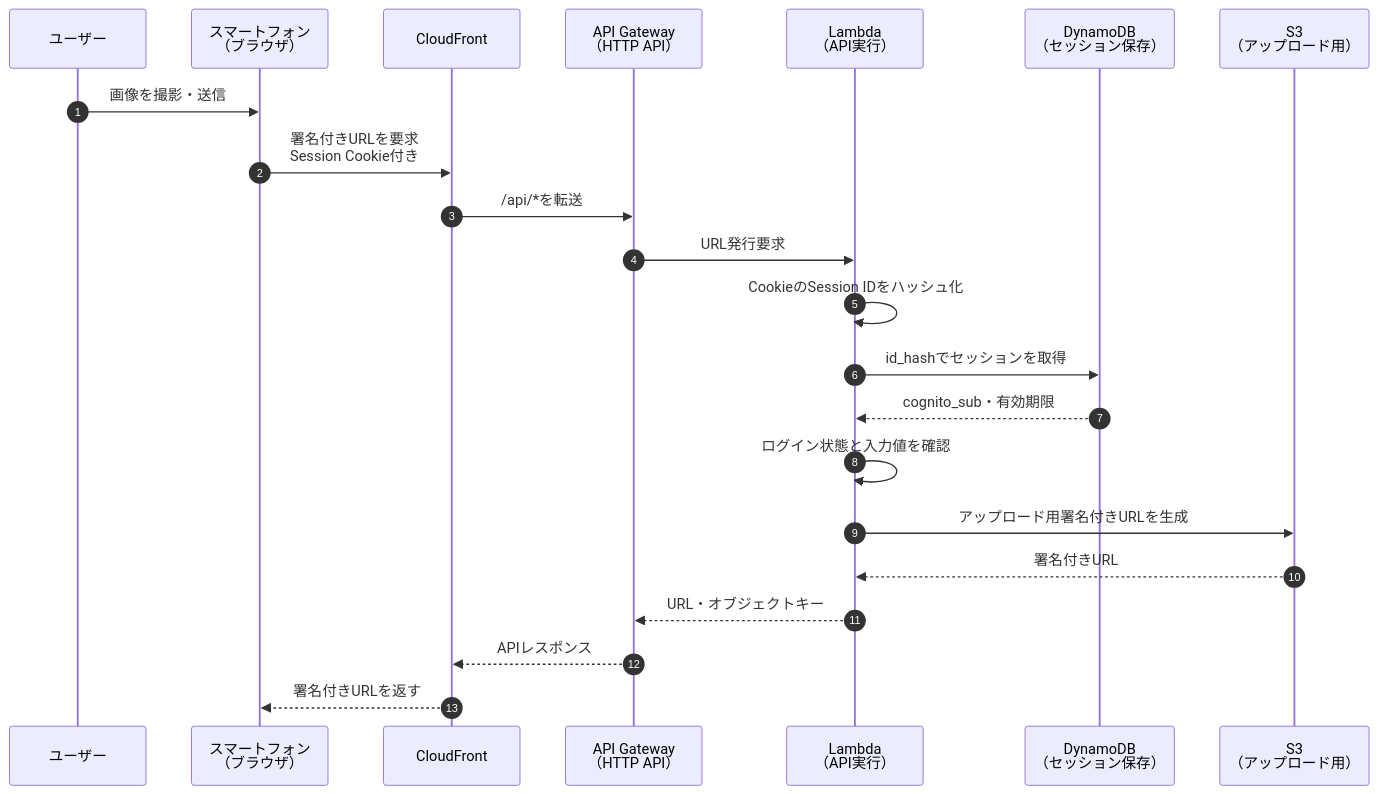
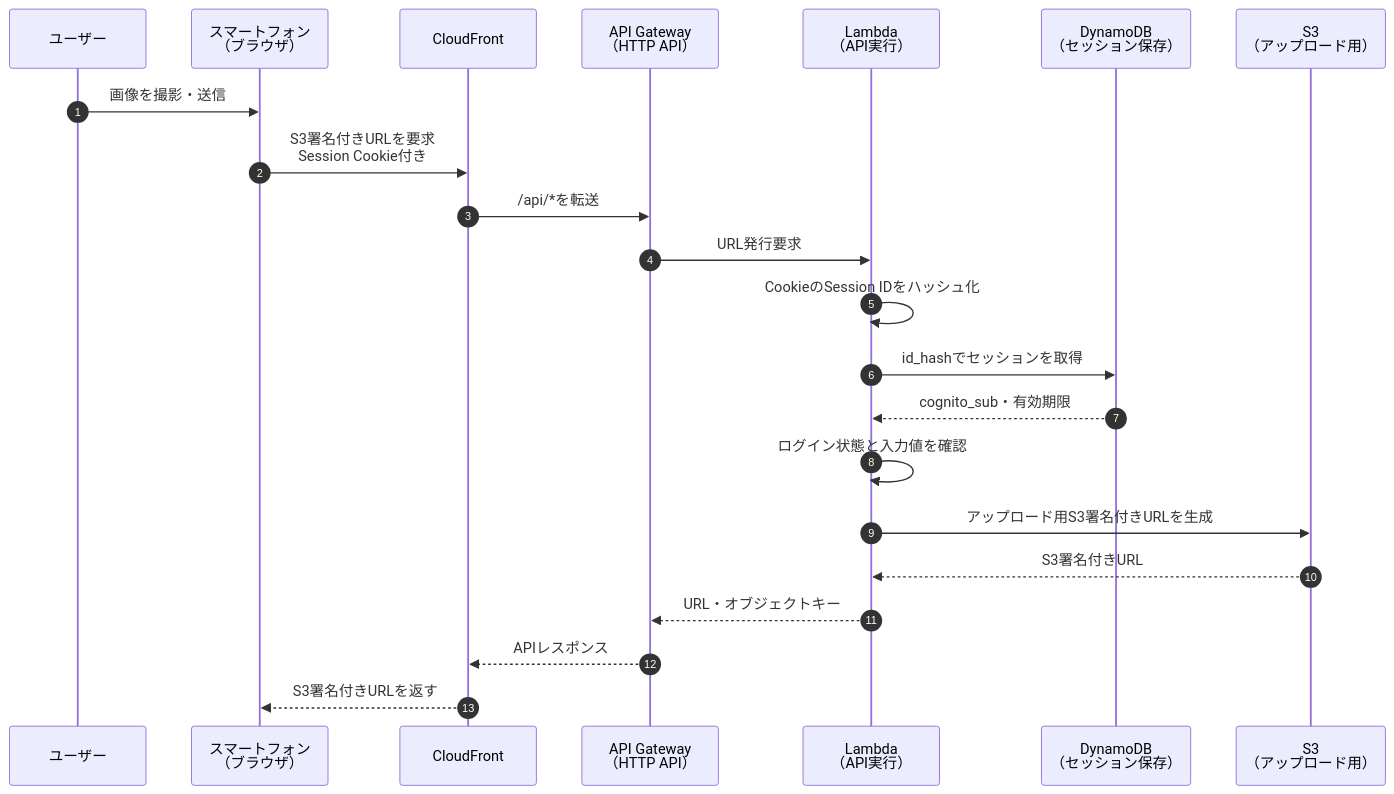
One commit to vinylhousegarage/jpeg-to-xlsx changed the second of 4 diagrams in README.md. Above: the diagram before and after it, drawn with Mermaid. The commit also changed other lines of this file, not shown here.

Commit message:
docs(readme): update authentication and processing flows

````diff
--- a/README.md
+++ b/README.md
@@ -66,25 +66,25 @@
 ```mermaid
 sequenceDiagram
   autonumber
   participant User as ユーザー
   participant Browser as スマートフォン<br/>（ブラウザ）
   participant CloudFront
   participant API as API Gateway<br/>（HTTP API）
   participant BFF as Lambda<br/>（API実行）
   participant SessionDB as DynamoDB<br/>（セッション保存）
   participant S3Input as S3<br/>（アップロード用）
 
   User->>Browser: 画像を撮影・送信
-  Browser->>CloudFront: 署名付きURLを要求<br/>Session Cookie付き
+  Browser->>CloudFront: S3署名付きURLを要求<br/>Session Cookie付き
   CloudFront->>API: /api/*を転送
   API->>BFF: URL発行要求
   BFF->>BFF: CookieのSession IDをハッシュ化
   BFF->>SessionDB: id_hashでセッションを取得
   SessionDB-->>BFF: cognito_sub・有効期限
   BFF->>BFF: ログイン状態と入力値を確認
-  BFF->>S3Input: アップロード用署名付きURLを生成
-  S3Input-->>BFF: 署名付きURL
+  BFF->>S3Input: アップロード用S3署名付きURLを生成
+  S3Input-->>BFF: S3署名付きURL
   BFF-->>API: URL・オブジェクトキー
   API-->>CloudFront: APIレスポンス
-  CloudFront-->>Browser: 署名付きURLを返す
+  CloudFront-->>Browser: S3署名付きURLを返す
 ```
````
